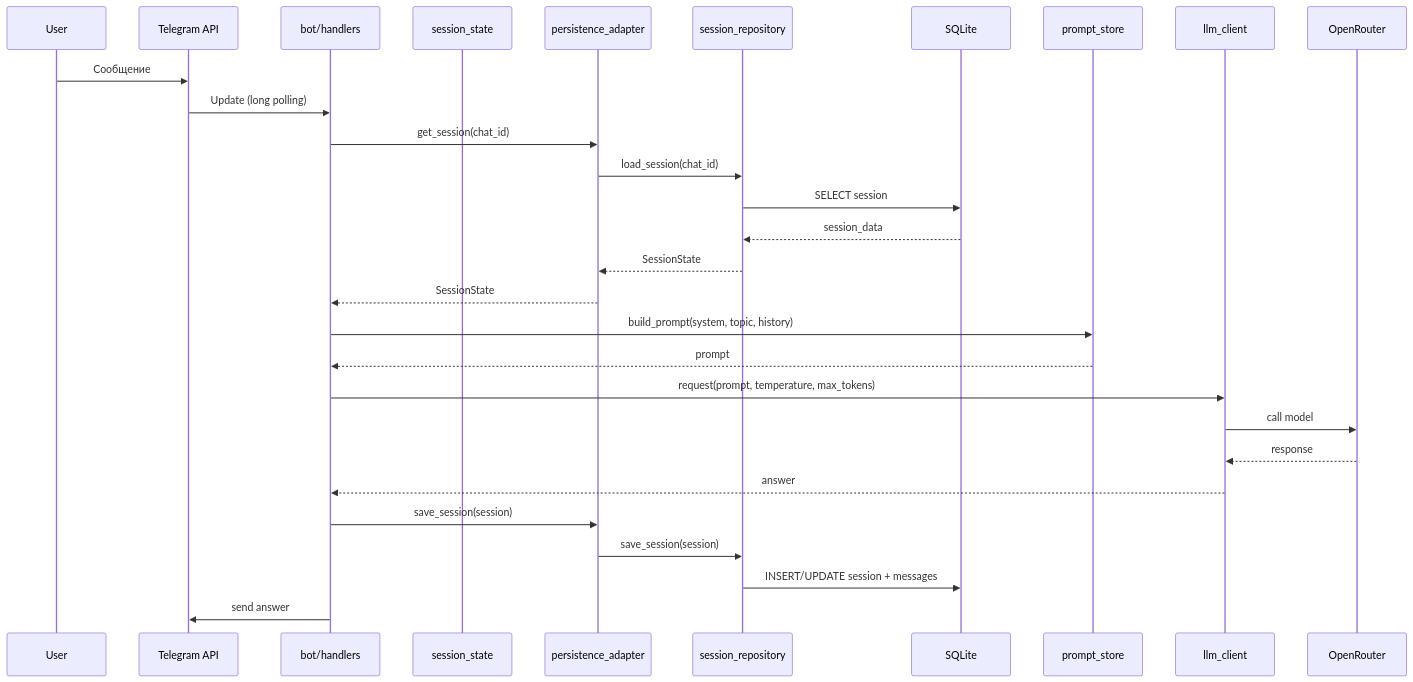
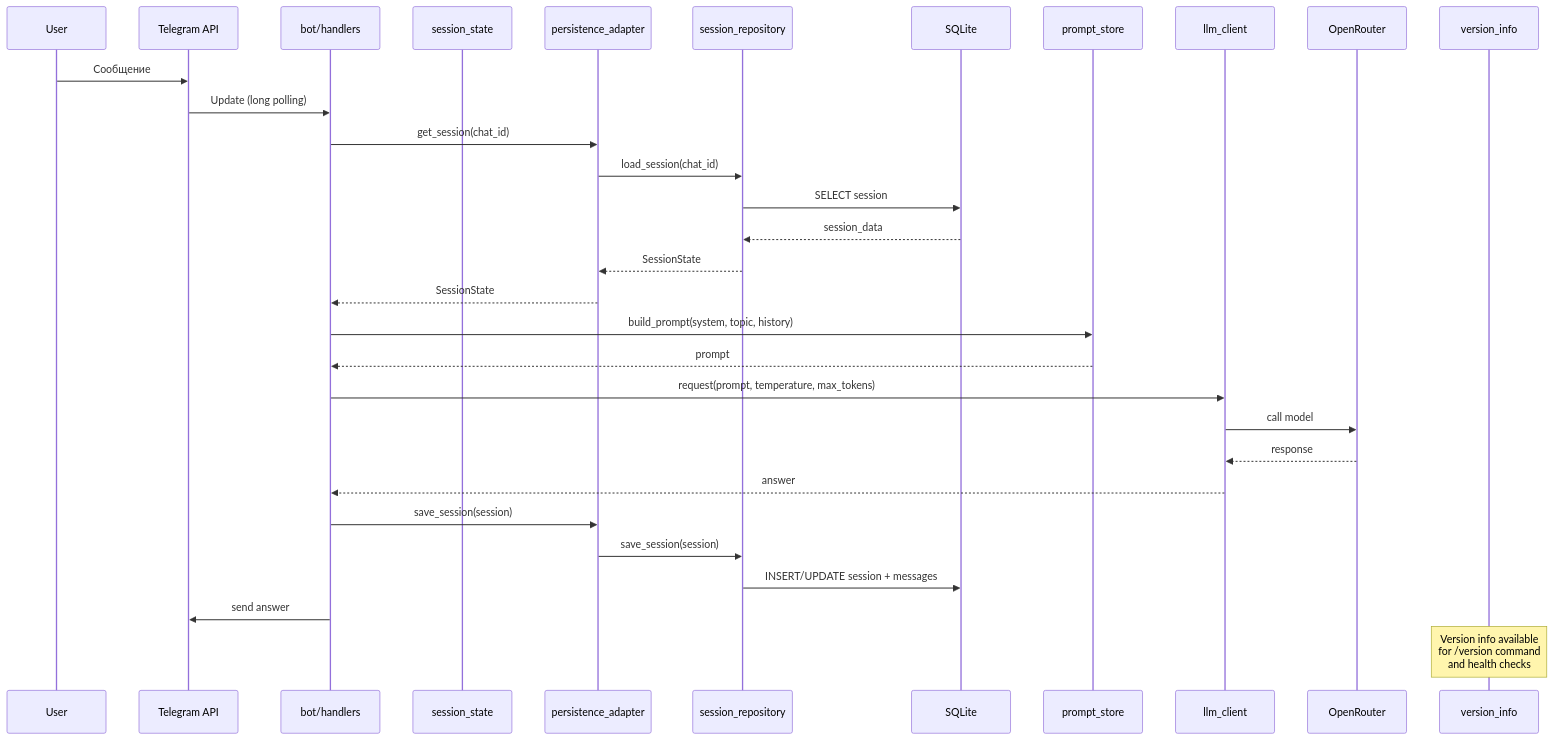
Before and after one commit to mihail-gribov/easy-lessons-bot: the second of 4 diagrams in doc/vision.md, drawn with Mermaid. The commit also changed other lines of this file and 17 other files, not shown here.

````diff
--- a/doc/vision.md
+++ b/doc/vision.md
@@ -171,32 +185,35 @@
 ```mermaid
 sequenceDiagram
   participant U as User
   participant TG as Telegram API
   participant B as bot/handlers
   participant S as session_state
   participant PA as persistence_adapter
   participant SR as session_repository
   participant DB as SQLite
   participant P as prompt_store
   participant L as llm_client
   participant OR as OpenRouter
+  participant VI as version_info
 
   U->>TG: Сообщение
   TG->>B: Update (long polling)
   B->>PA: get_session(chat_id)
   PA->>SR: load_session(chat_id)
   SR->>DB: SELECT session
   DB-->>SR: session_data
   SR-->>PA: SessionState
   PA-->>B: SessionState
   B->>P: build_prompt(system, topic, history)
   P-->>B: prompt
   B->>L: request(prompt, temperature, max_tokens)
   L->>OR: call model
   OR-->>L: response
   L-->>B: answer
   B->>PA: save_session(session)
   PA->>SR: save_session(session)
   SR->>DB: INSERT/UPDATE session + messages
   B->>TG: send answer
+  
+  Note over VI: Version info available<br/>for /version command<br/>and health checks
 ```
````
